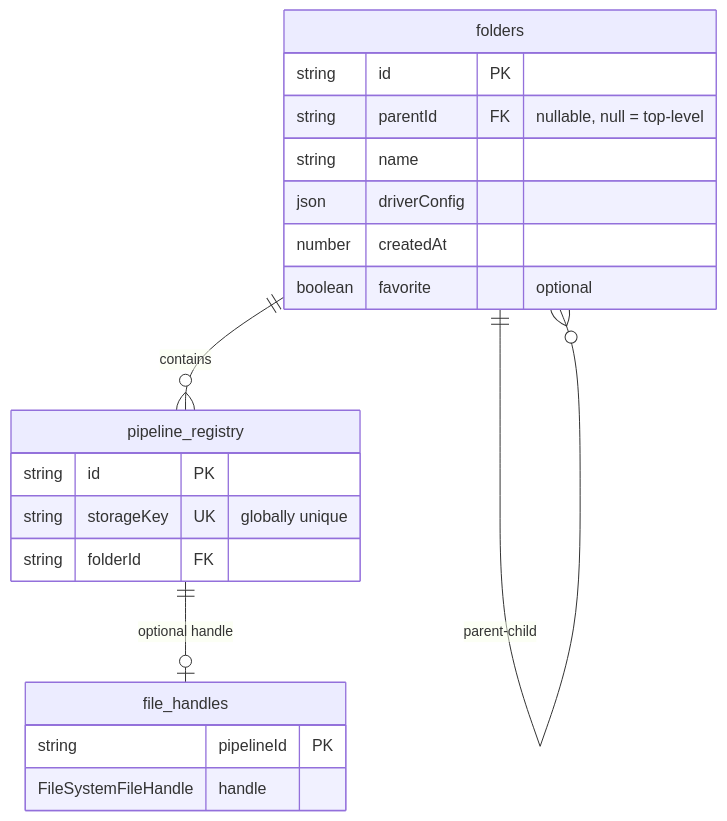
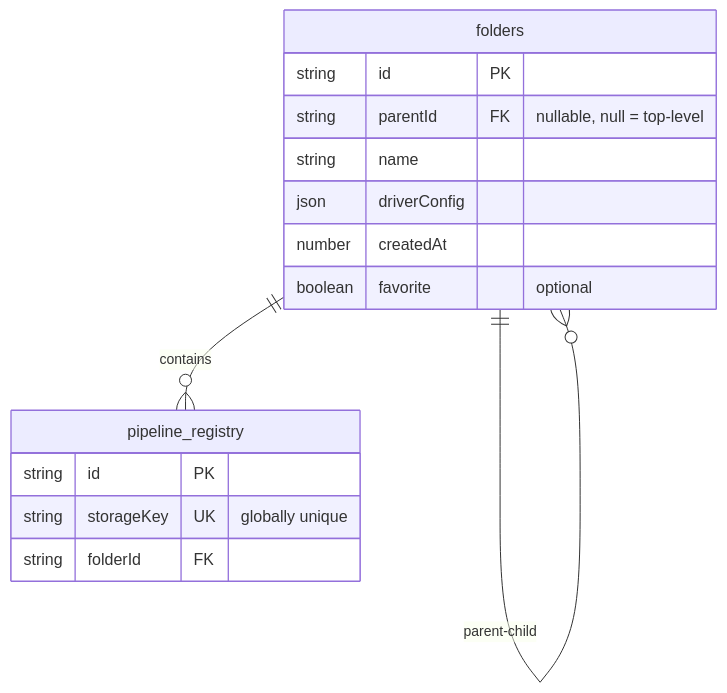
Before and after one commit to TangleML/tangle-ui: the third of 10 diagrams in src/services/pipelineStorage/ARCHITECTURE.md, drawn with Mermaid. The commit also changed other lines of this file and 19 other files, not shown here.

````diff
--- a/src/services/pipelineStorage/ARCHITECTURE.md
+++ b/src/services/pipelineStorage/ARCHITECTURE.md
@@ -175,26 +175,20 @@
 ```mermaid
 erDiagram
     pipeline_registry {
         string id PK
         string storageKey UK "globally unique"
         string folderId FK
     }
 
     folders {
         string id PK
         string parentId FK "nullable, null = top-level"
         string name
         json driverConfig
         number createdAt
         boolean favorite "optional"
     }
 
-    file_handles {
-        string pipelineId PK
-        FileSystemFileHandle handle
-    }
-
     folders ||--o{ pipeline_registry : "contains"
     folders ||--o{ folders : "parent-child"
-    pipeline_registry ||--o| file_handles : "optional handle"
 ```
````
